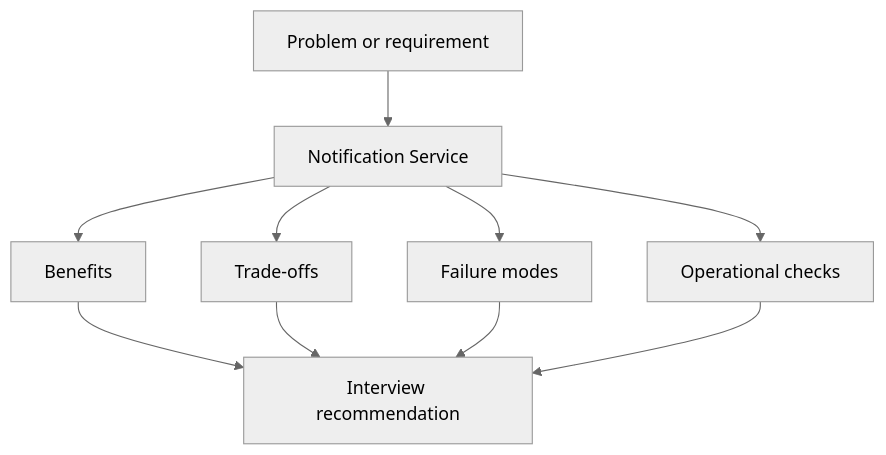
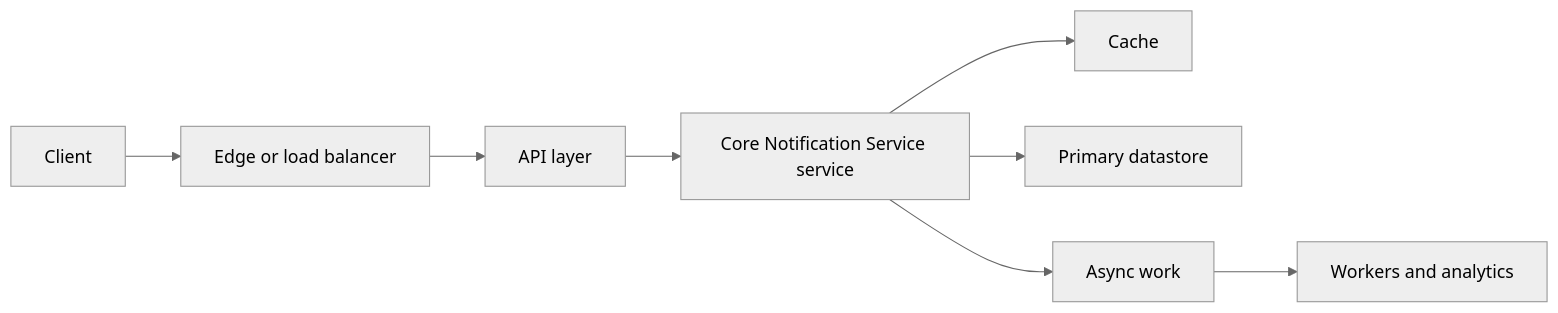
One commit to abstractinterviews/abstractinterviews.github.io changed the second of 3 diagrams in case-studies/notification-service/index.md. Above: the diagram before and after it, drawn with Mermaid (neutral theme). The commit also changed other lines of this file and 278 other files, not shown here.

````diff
--- a/case-studies/notification-service/index.md
+++ b/case-studies/notification-service/index.md
@@ -81,12 +73,10 @@
-~~~mermaid
-flowchart TD
-    Problem["Problem or requirement"] --> Concept["Notification Service"]
-    Concept --> Benefits["Benefits"]
-    Concept --> Tradeoffs["Trade-offs"]
-    Concept --> FailureModes["Failure modes"]
-    Concept --> Operations["Operational checks"]
-    Benefits --> Decision["Interview recommendation"]
-    Tradeoffs --> Decision
-    FailureModes --> Decision
-    Operations --> Decision
-~~~
+```mermaid
+flowchart LR
+    Client["Client"] --> Edge["Edge or load balancer"]
+    Edge --> API["API layer"]
+    API --> Core["Core Notification Service service"]
+    Core --> Cache["Cache"]
+    Core --> DB["Primary datastore"]
+    Core --> Queue["Async work"]
+    Queue --> Workers["Workers and analytics"]
+```
````
